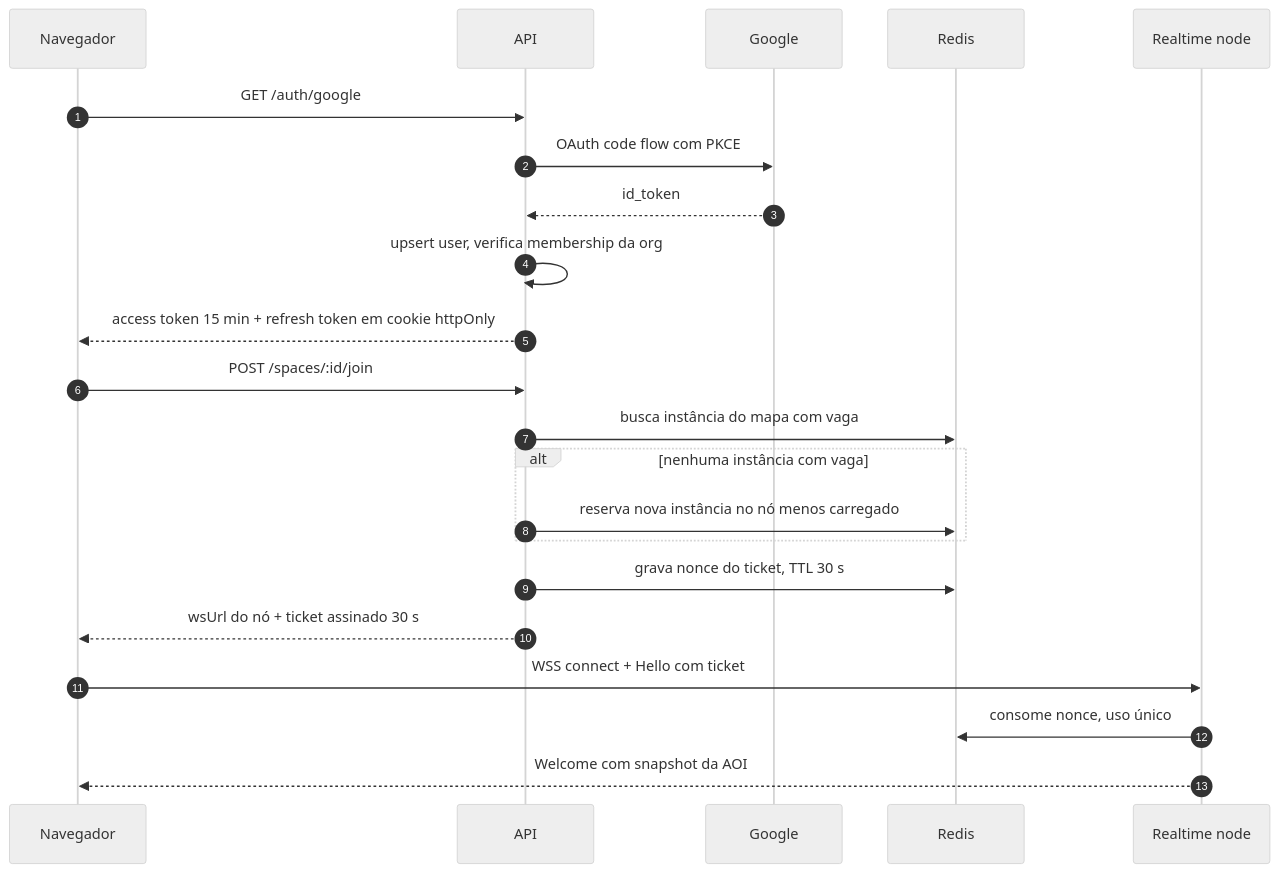
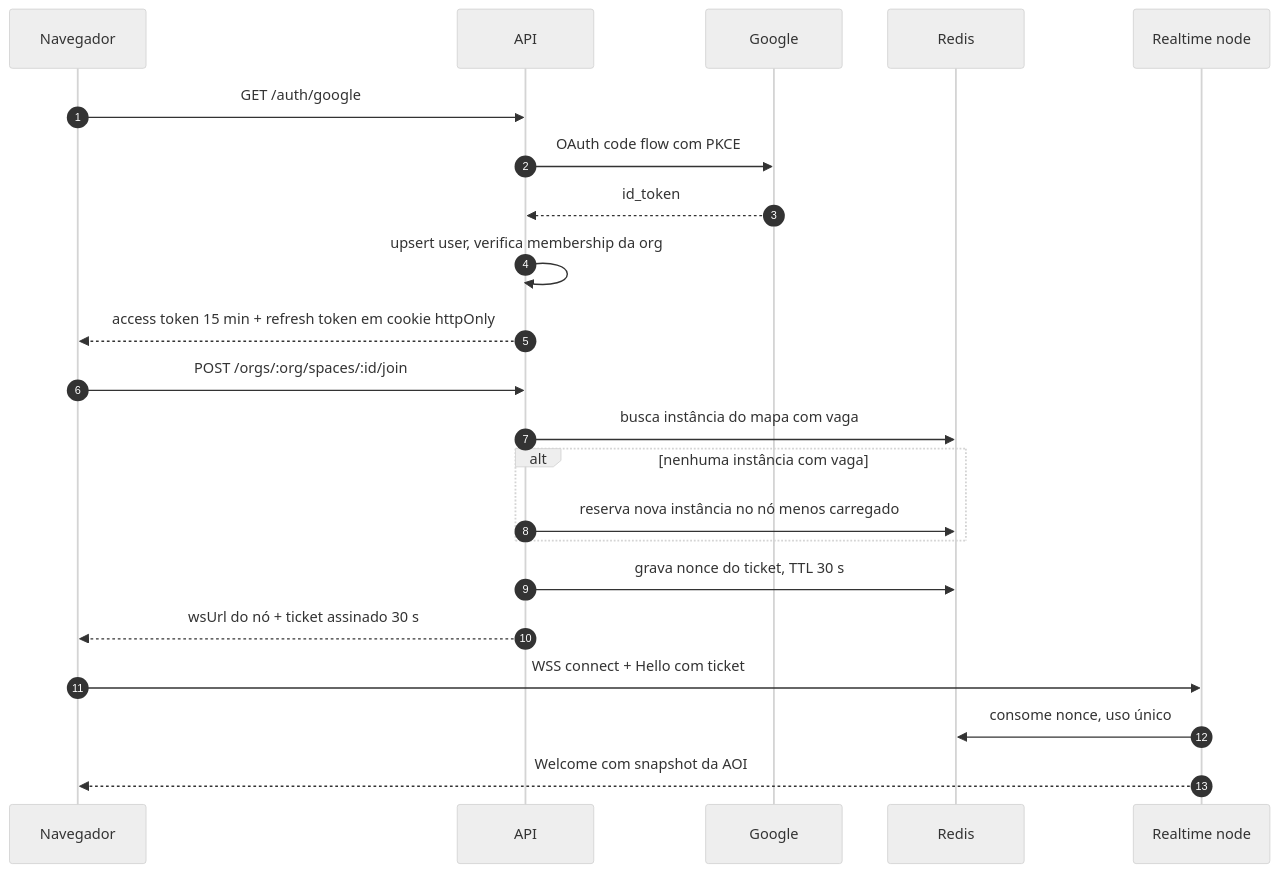
One commit to ThiagoAbreu9/cesar-office changed the third of 7 diagrams in docs/02-arquitetura.md. Above: the diagram before and after it, drawn with Mermaid (neutral theme). The commit also changed other lines of this file and 33 other files, not shown here.

````diff
--- a/docs/02-arquitetura.md
+++ b/docs/02-arquitetura.md
@@ -102,24 +102,24 @@
 ```mermaid
 sequenceDiagram
   autonumber
   participant B as Navegador
   participant A as API
   participant G as Google
   participant R as Redis
   participant RT as Realtime node
   B->>A: GET /auth/google
   A->>G: OAuth code flow com PKCE
   G-->>A: id_token
   A->>A: upsert user, verifica membership da org
   A-->>B: access token 15 min + refresh token em cookie httpOnly
-  B->>A: POST /spaces/:id/join
+  B->>A: POST /orgs/:org/spaces/:id/join
   A->>R: busca instância do mapa com vaga
   alt nenhuma instância com vaga
     A->>R: reserva nova instância no nó menos carregado
   end
   A->>R: grava nonce do ticket, TTL 30 s
   A-->>B: wsUrl do nó + ticket assinado 30 s
   B->>RT: WSS connect + Hello com ticket
   RT->>R: consome nonce, uso único
   RT-->>B: Welcome com snapshot da AOI
 ```
````
